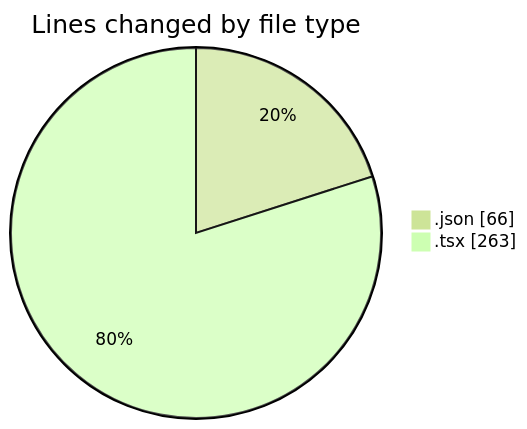
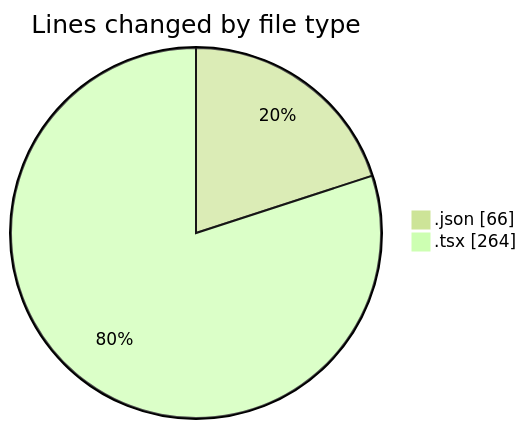
One commit to momahboobian/code-tracking changed the first of 2 diagrams in 2026-03-24/cda/README.md. Above: the diagram before and after it, drawn with Mermaid (forest theme). The commit also changed other lines of this file and 1 other file, not shown here.

````diff
--- a/2026-03-24/cda/README.md
+++ b/2026-03-24/cda/README.md
@@ -22,6 +22,6 @@
 ```mermaid
 pie showData
 title Lines changed by file type
 ".json" : 66
-".tsx" : 263
+".tsx" : 264
 ```
````
